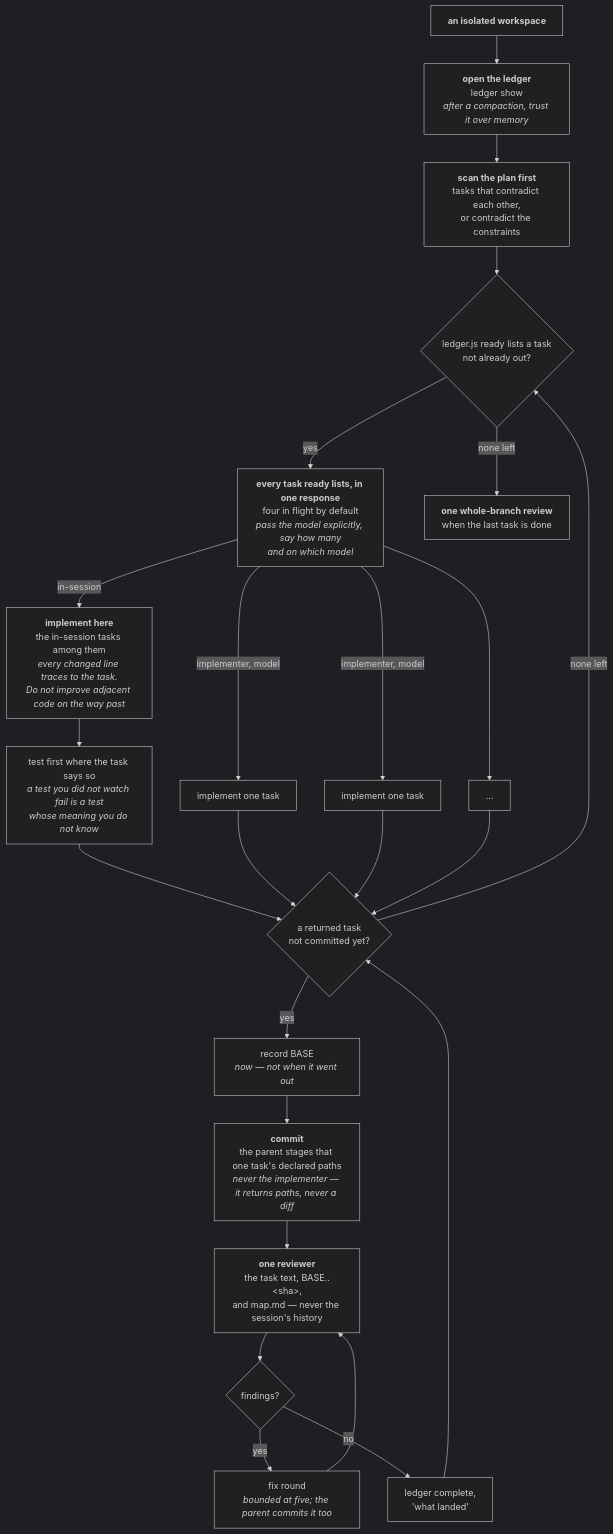
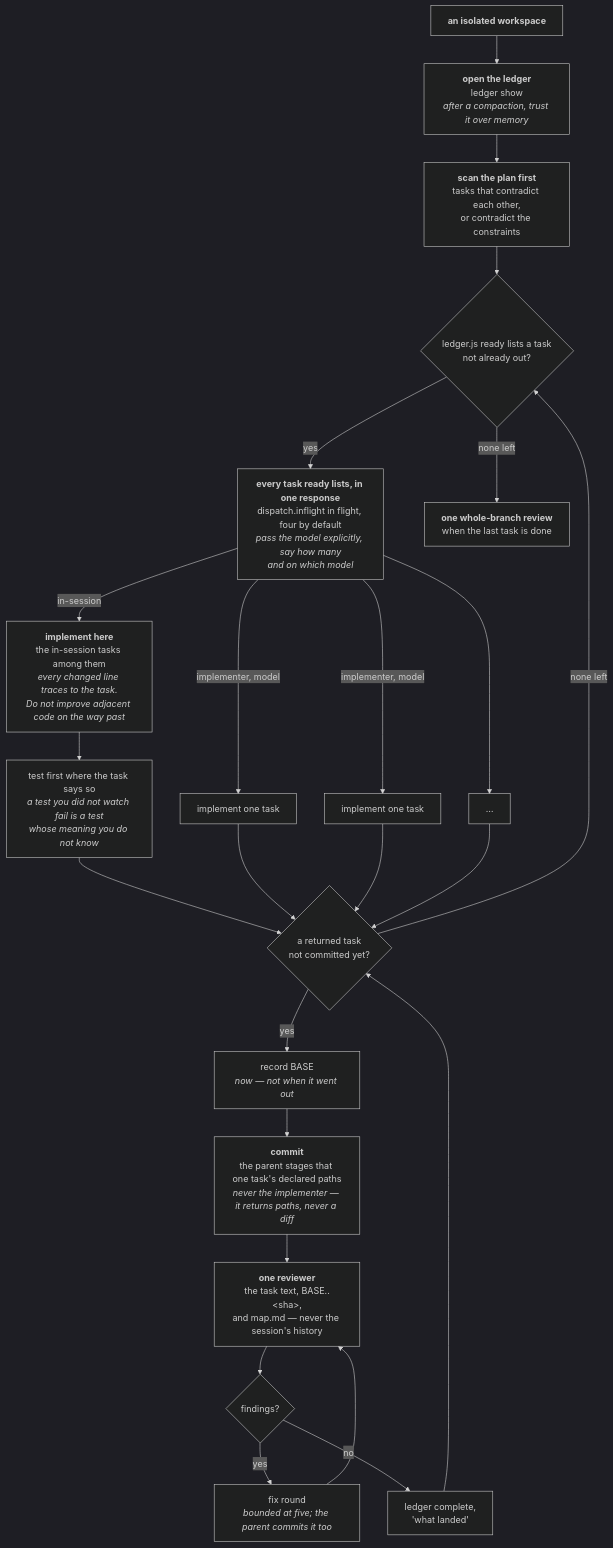
One commit to FanFantom9452/FanKeel changed the fourth of 8 diagrams in docs/02-architecture/pipeline.md. Above: the diagram before and after it, drawn with Mermaid (dark theme). The commit also changed other lines of this file and 18 other files, not shown here.

First line of the commit message:
feat: dispatch.inflight — how many Agent calls one response makes before asking

````diff
--- a/docs/02-architecture/pipeline.md
+++ b/docs/02-architecture/pipeline.md
@@ -576,43 +576,43 @@
 ```mermaid
 flowchart TD
     S1["<b>an isolated workspace</b>"]
     S2["<b>open the ledger</b><br/>ledger show<br/><i>after a compaction, trust it over memory</i>"]
     S3["<b>scan the plan first</b><br/>tasks that contradict each other,<br/>or contradict the constraints"]
     L{"ledger.js ready lists a task<br/>not already out?"}
-    D["<b>every task ready lists, in one response</b><br/>four in flight by default<br/><i>pass the model explicitly, say how many<br/>and on which model</i>"]
+    D["<b>every task ready lists, in one response</b><br/>dispatch.inflight in flight, four by default<br/><i>pass the model explicitly, say how many<br/>and on which model</i>"]
     T2a["<b>implement here</b><br/>the in-session tasks among them<br/><i>every changed line traces to the task.<br/>Do not improve adjacent code on the way past</i>"]
     T2b1["implement one task"]
     T2b2["implement one task"]
     T2b3["…"]
     T3["test first where the task says so<br/><i>a test you did not watch fail is a test<br/>whose meaning you do not know</i>"]
     E{"a returned task<br/>not committed yet?"}
     T1["record BASE<br/><i>now — not when it went out</i>"]
     T4["<b>commit</b><br/>the parent stages that one task's declared paths<br/><i>never the implementer — it returns paths, never a diff</i>"]
     T5["<b>one reviewer</b><br/>the task text, BASE..&lt;sha&gt;,<br/>and map.md — never the session's history"]
     T6{"findings?"}
     T7["fix round<br/><i>bounded at five; the parent commits it too</i>"]
     T8["ledger complete,<br/>'what landed'"]
     R["<b>one whole-branch review</b><br/>when the last task is done"]
 
     S1 --> S2 --> S3 --> L
     L -- yes --> D
     D -- "in-session" --> T2a
     D -- "implementer, model" --> T2b1
     D -- "implementer, model" --> T2b2
     D --> T2b3
     T2a --> T3
     T3 --> E
     T2b1 --> E
     T2b2 --> E
     T2b3 --> E
     E -- yes --> T1
     T1 --> T4
     T4 --> T5
     T5 --> T6
     T6 -- yes --> T7
     T7 --> T5
     T6 -- no --> T8
     T8 --> E
     E -- "none left" --> L
     L -- "none left" --> R
 ```
````
